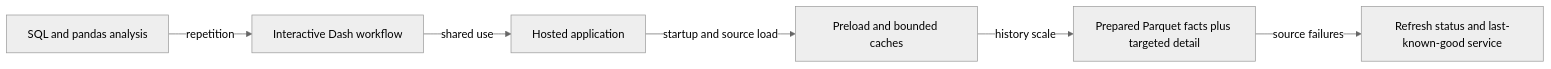
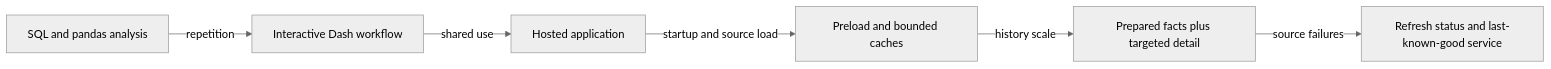
Before and after one commit to 4sy8zwp9hz-netizen/manufacturing-software-portfolio: the first of 2 diagrams in case-studies/YIELD.md, drawn with Mermaid (neutral theme). The commit also changed other lines of this file and 6 other files, not shown here.

````diff
--- a/case-studies/YIELD.md
+++ b/case-studies/YIELD.md
@@ -72,8 +21,8 @@
 ```mermaid
 flowchart LR
     V0[SQL and pandas analysis] -->|repetition| V1[Interactive Dash workflow]
     V1 -->|shared use| V2[Hosted application]
     V2 -->|startup and source load| V3[Preload and bounded caches]
-    V3 -->|history scale| V4[Prepared Parquet facts plus targeted detail]
+    V3 -->|history scale| V4[Prepared facts plus targeted detail]
     V4 -->|source failures| V5[Refresh status and last-known-good service]
 ```
````
